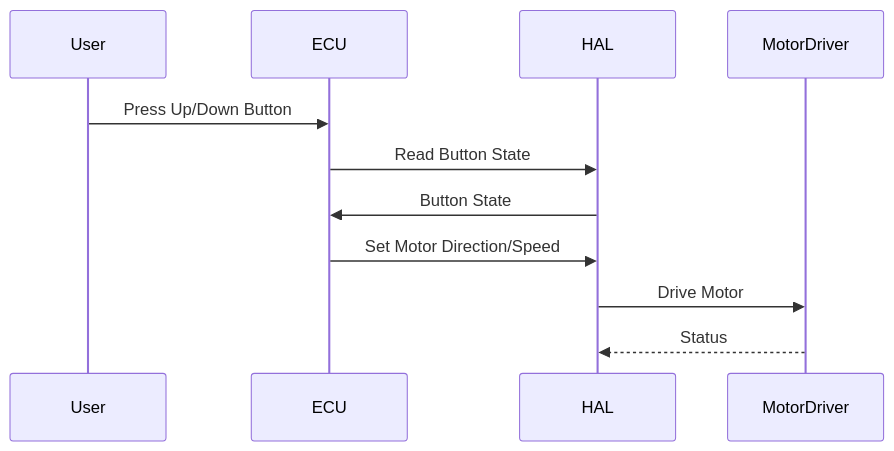
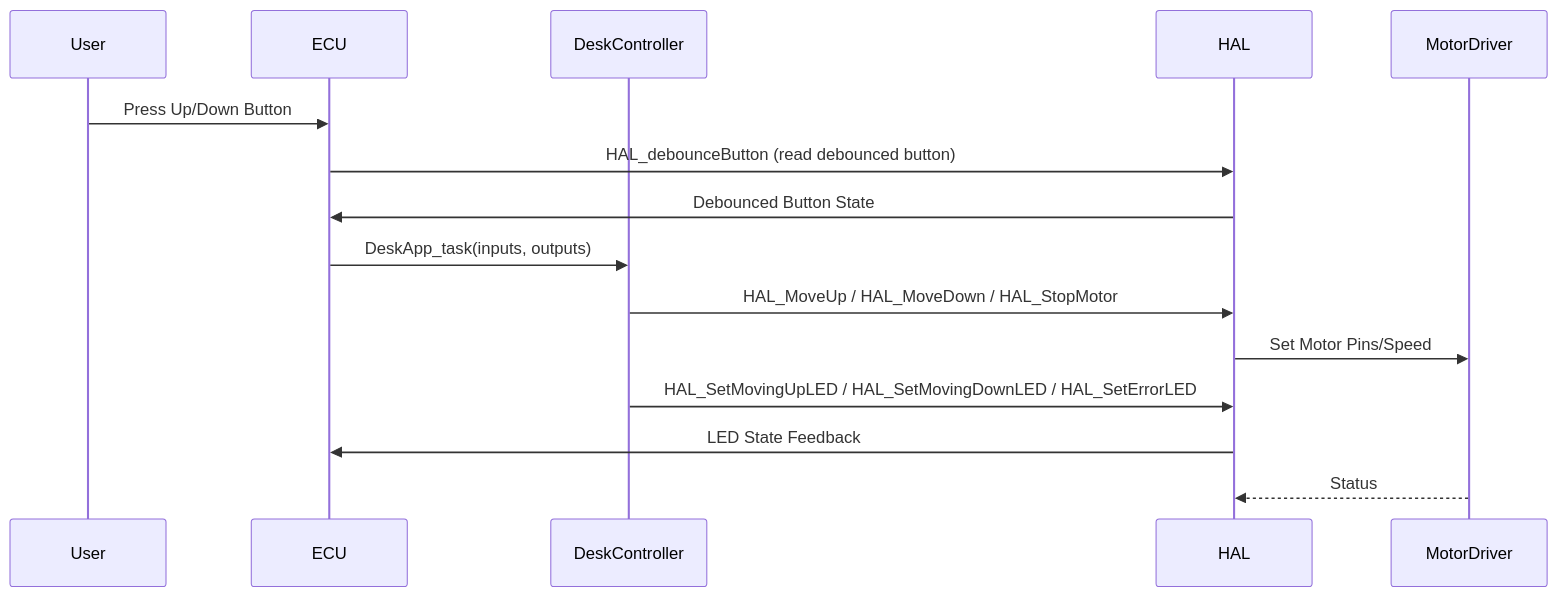
Before and after one commit to aperico/deskautomation: the first of 3 diagrams in documentation/SoftwareDetailedDesign.md, drawn with Mermaid. The commit also changed other lines of this file and 3 other files, not shown here.

````diff
--- a/documentation/SoftwareDetailedDesign.md
+++ b/documentation/SoftwareDetailedDesign.md
@@ -285,13 +331,17 @@
 ```mermaid
 sequenceDiagram
-	participant User
-	participant ECU
-	participant HAL
-	participant MotorDriver
-	User->>ECU: Press Up/Down Button
-	ECU->>HAL: Read Button State
-	HAL->>ECU: Button State
-	ECU->>HAL: Set Motor Direction/Speed
-	HAL->>MotorDriver: Drive Motor
-	MotorDriver-->>HAL: Status
+    participant User
+    participant ECU
+    participant DeskController
+    participant HAL
+    participant MotorDriver
+    User->>ECU: Press Up/Down Button
+    ECU->>HAL: HAL_debounceButton (read debounced button)
+    HAL->>ECU: Debounced Button State
+    ECU->>DeskController: DeskApp_task(inputs, outputs)
+    DeskController->>HAL: HAL_MoveUp / HAL_MoveDown / HAL_StopMotor
+    HAL->>MotorDriver: Set Motor Pins/Speed
+    DeskController->>HAL: HAL_SetMovingUpLED / HAL_SetMovingDownLED / HAL_SetErrorLED
+    HAL->>ECU: LED State Feedback
+    MotorDriver-->>HAL: Status
 ```
````
